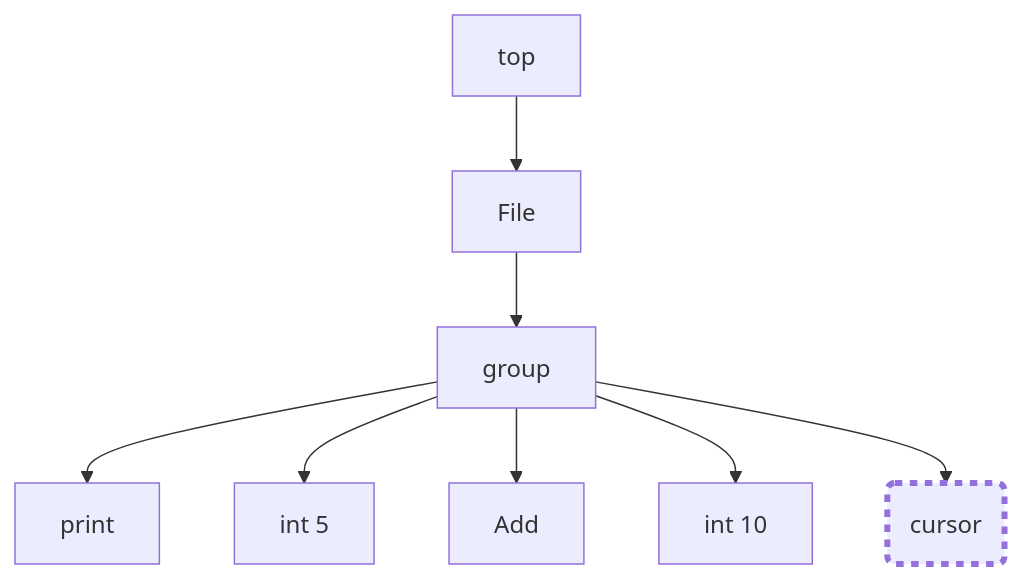
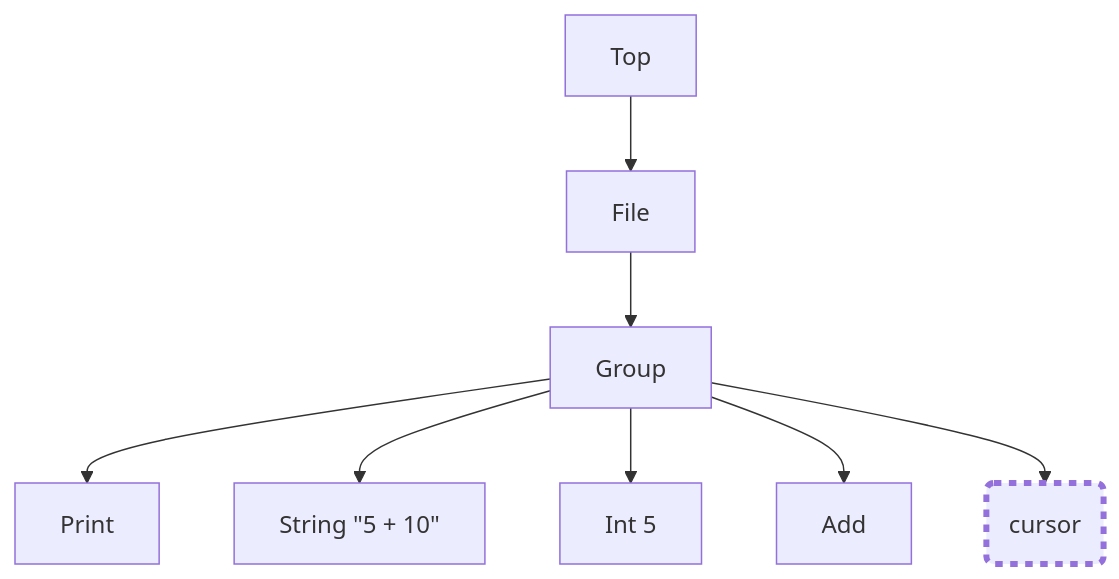
The seventh of 27 diagrams in samples/infix/README.md (microsoft/Trieste), drawn with Mermaid before and after one commit. The commit also changed other lines of this file and 1 other file, not shown here.

````diff
--- a/samples/infix/README.md
+++ b/samples/infix/README.md
@@ -314,11 +348,11 @@
 ``` mermaid
 graph TD;
-  A[top]-->B[File]
-  B-->C[group]
-  C-->D[print]
-  C-->E[int 5]
-  C-->F[Add]
-  C-->G[int 10]
+  A[Top]-->B[File]
+  B-->C[Group]
+  C-->D[Print]
+  C-->E["String #quot;5 + 10#quot;"]
+  C-->F[Int 5]
+  C-->G[Add]
   C-->H(cursor):::cursor
   classDef cursor stroke-width:4px,stroke-dasharray:5 5;
 ```
````
